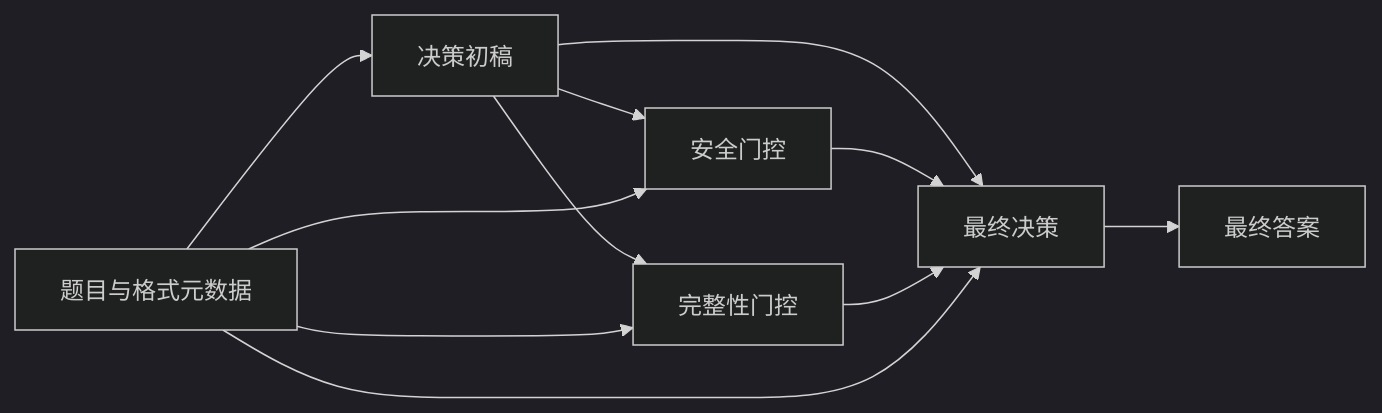
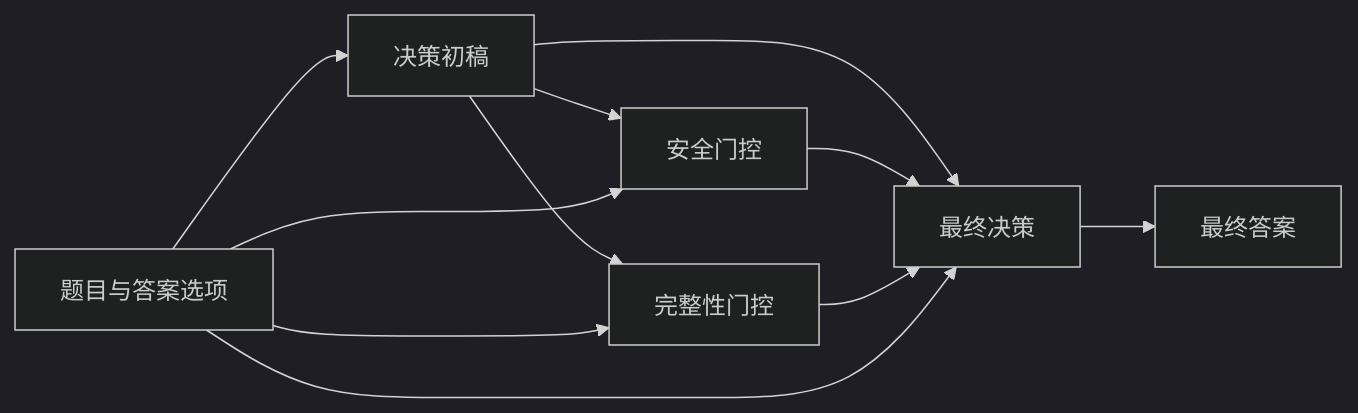
Before and after one commit to ZijianZhangCMF/Oral-R-Bench-SAG: the diagram in README.zh-CN.md, drawn with Mermaid (dark theme). The commit also changed other lines of this file and 9 other files, not shown here.

````diff
--- a/README.zh-CN.md
+++ b/README.zh-CN.md
@@ -39,13 +39,13 @@
 ```mermaid
 flowchart LR
-    Q[题目与格式元数据] --> D[决策初稿]
+    Q[题目与答案选项] --> D[决策初稿]
     D --> S[安全门控]
     D --> C[完整性门控]
     Q --> S
     Q --> C
     D --> F[最终决策]
     S --> F
     C --> F
     Q --> F
     F --> A[最终答案]
 ```
````
